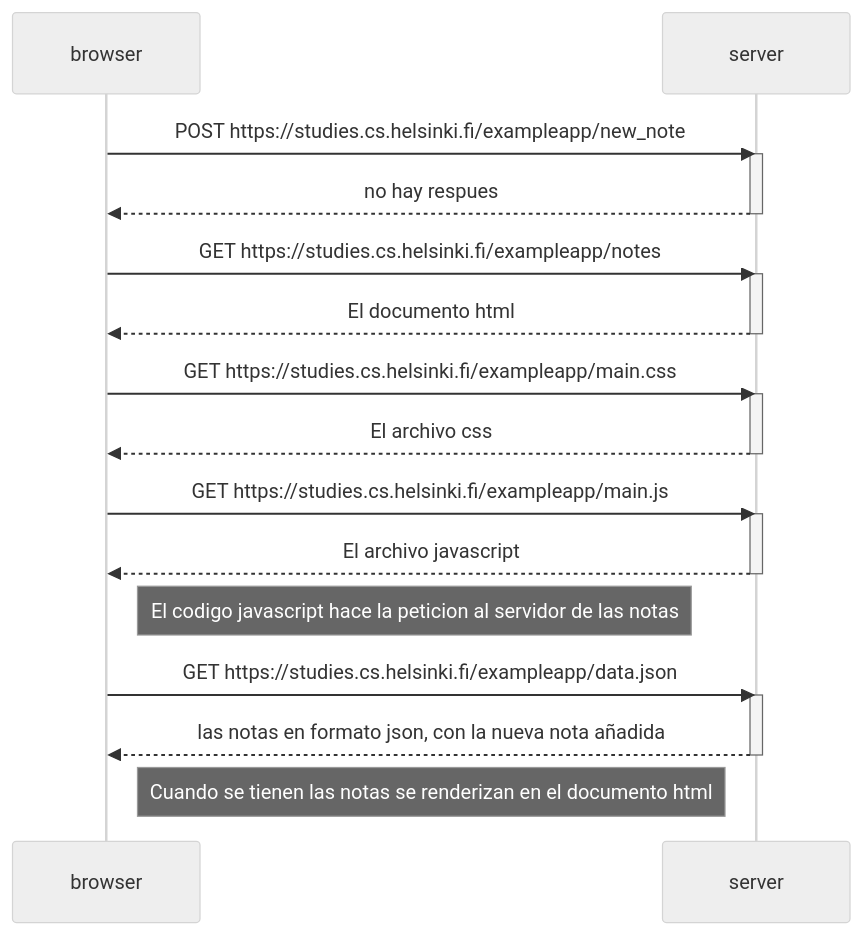
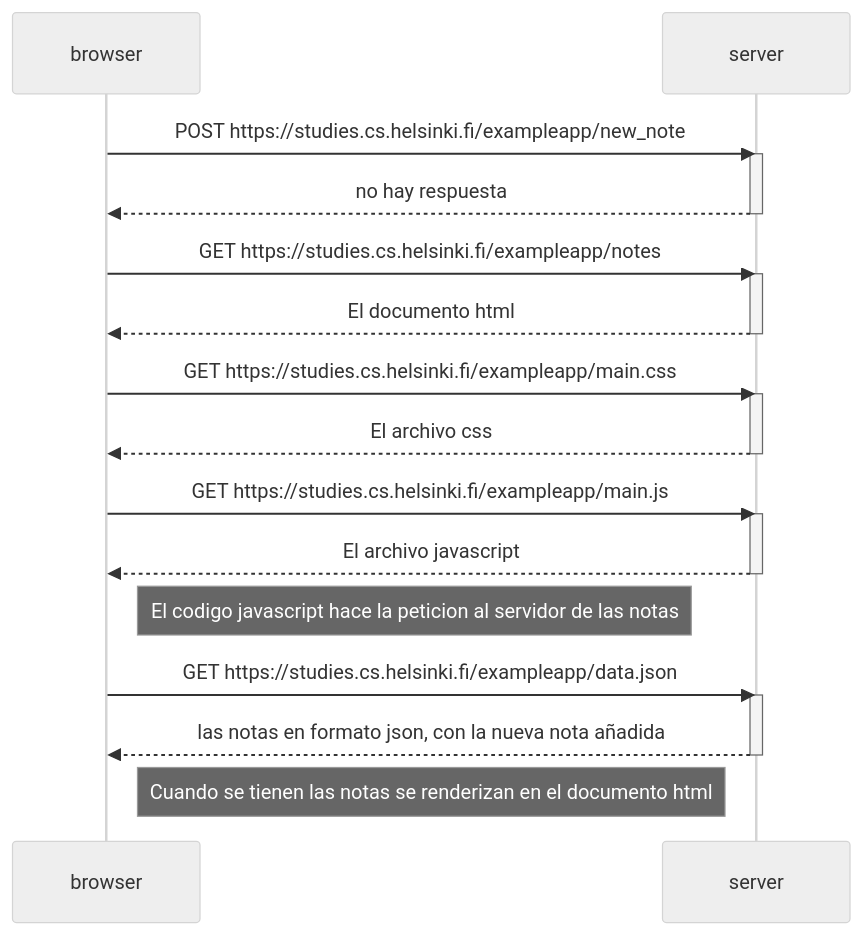
The diagram in 0-4.mermaid (Devv0710/fullstack), drawn with Mermaid (neutral theme) before and after one commit.

```diff
--- a/0-4.mermaid
+++ b/0-4.mermaid
@@ -1,32 +1,32 @@
 sequenceDiagram
     participant browser
     participant server
 
     browser->>server: POST https://studies.cs.helsinki.fi/exampleapp/new_note
     activate server
-    server-->>browser: no hay respues
+    server-->>browser: no hay respuesta
     deactivate server
 
     browser->>server: GET https://studies.cs.helsinki.fi/exampleapp/notes
     activate server
     server-->>browser: El documento html
     deactivate server
 
     browser->>server: GET https://studies.cs.helsinki.fi/exampleapp/main.css
     activate server
     server-->>browser: El archivo css
     deactivate server
 
     browser->>server: GET https://studies.cs.helsinki.fi/exampleapp/main.js
     activate server
     server-->>browser: El archivo javascript
     deactivate server
 
     Note right of browser: El codigo javascript hace la peticion al servidor de las notas 
 
     browser->>server: GET https://studies.cs.helsinki.fi/exampleapp/data.json
     activate server
     server-->>browser: las notas en formato json, con la nueva nota añadida
     deactivate server
 
     Note right of browser: Cuando se tienen las notas se renderizan en el documento html
```
